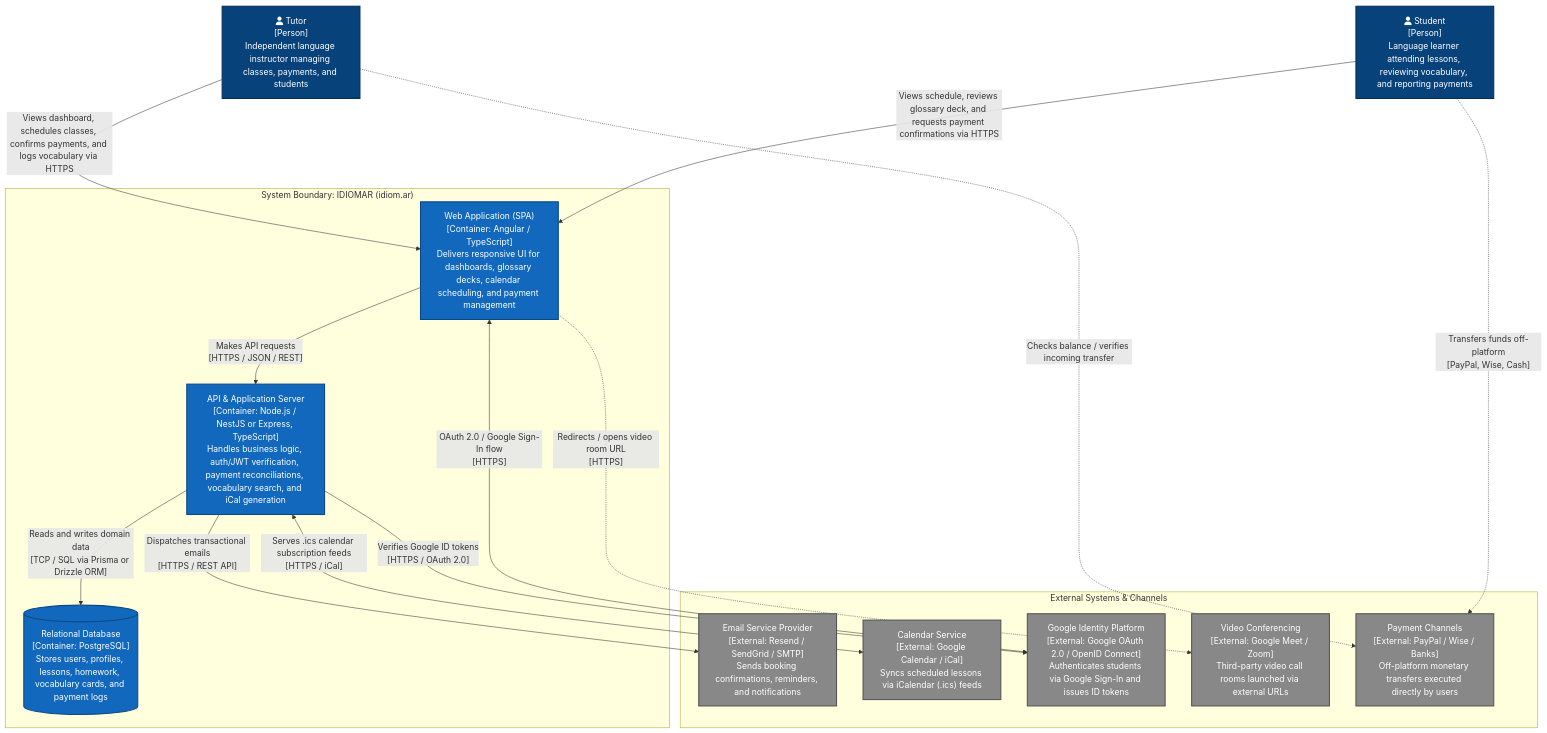
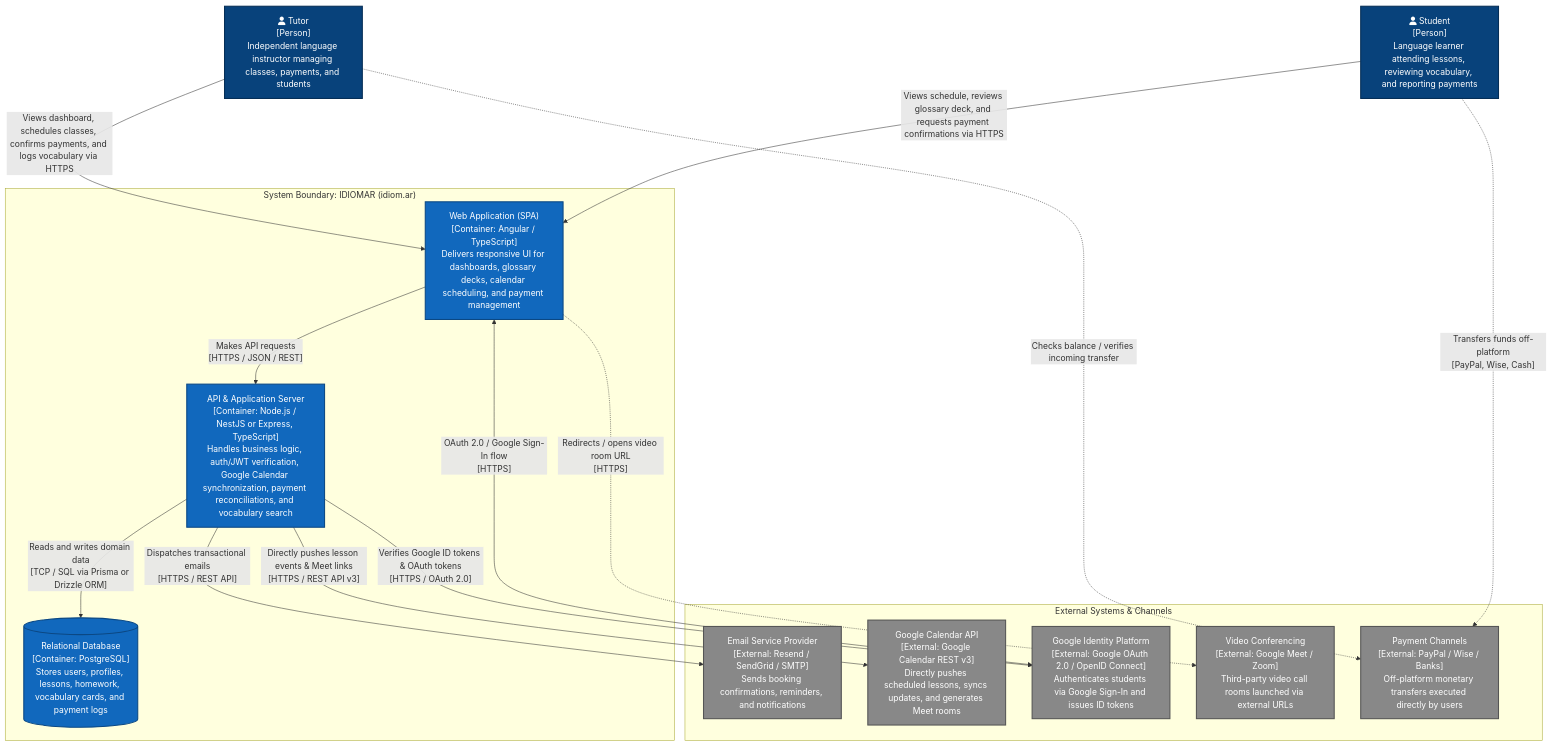
Before and after one commit to DmytroCherednichenko/idiomar-crm: the diagram in docs/diagrams/02-c4-level2-containers.mmd, drawn with Mermaid. The commit also changed 6 other files, not shown here.

Commit message:
Add Google Calendar dependency to docs

```diff
--- a/docs/diagrams/02-c4-level2-containers.mmd
+++ b/docs/diagrams/02-c4-level2-containers.mmd
@@ -1,50 +1,50 @@
 flowchart TD
     %% Styling definitions
     classDef person fill:#08427b,stroke:#052e56,color:#ffffff,stroke-width:2px;
     classDef container fill:#1168bd,stroke:#0b4884,color:#ffffff,stroke-width:2px;
     classDef database fill:#1168bd,stroke:#0b4884,color:#ffffff,stroke-width:2px;
     classDef external fill:#888888,stroke:#555555,color:#ffffff,stroke-width:2px;
     classDef boundary fill:#f9f9f9,stroke:#999999,stroke-width:2px,stroke-dasharray: 5 5;
 
     %% Actors
     Tutor["fa:fa-user Tutor\n[Person]\nIndependent language instructor managing classes, payments, and students"]:::person
     Student["fa:fa-user Student\n[Person]\nLanguage learner attending lessons, reviewing vocabulary, and reporting payments"]:::person
 
     %% External Systems Out of Scope / Third-party
     subgraph ExternalServices["External Systems & Channels"]
         GoogleAuth["Google Identity Platform\n[External: Google OAuth 2.0 / OpenID Connect]\nAuthenticates students via Google Sign-In and issues ID tokens"]:::external
+        GoogleCalendar["Google Calendar API\n[External: Google Calendar REST v3]\nDirectly pushes scheduled lessons, syncs updates, and generates Meet rooms"]:::external
         EmailService["Email Service Provider\n[External: Resend / SendGrid / SMTP]\nSends booking confirmations, reminders, and notifications"]:::external
-        CalendarAPI["Calendar Service\n[External: Google Calendar / iCal]\nSyncs scheduled lessons via iCalendar (.ics) feeds"]:::external
         MeetingPlatform["Video Conferencing\n[External: Google Meet / Zoom]\nThird-party video call rooms launched via external URLs"]:::external
         PaymentChannels["Payment Channels\n[External: PayPal / Wise / Banks]\nOff-platform monetary transfers executed directly by users"]:::external
     end
 
     %% Main System Boundary
     subgraph IDIOMARSystem["System Boundary: IDIOMAR (idiom.ar)"]
         WebApp["Web Application (SPA)\n[Container: Angular / TypeScript]\nDelivers responsive UI for dashboards, glossary decks, calendar scheduling, and payment management"]:::container
 
-        ApiServer["API & Application Server\n[Container: Node.js / NestJS or Express, TypeScript]\nHandles business logic, auth/JWT verification, payment reconciliations, vocabulary search, and iCal generation"]:::container
+        ApiServer["API & Application Server\n[Container: Node.js / NestJS or Express, TypeScript]\nHandles business logic, auth/JWT verification, Google Calendar synchronization, payment reconciliations, and vocabulary search"]:::container
 
         Database[("Relational Database\n[Container: PostgreSQL]\nStores users, profiles, lessons, homework, vocabulary cards, and payment logs")]:::database
     end
 
     %% User Interactions
     Tutor -->|"Views dashboard, schedules classes, confirms payments, and logs vocabulary via HTTPS"| WebApp
     Student -->|"Views schedule, reviews glossary deck, and requests payment confirmations via HTTPS"| WebApp
 
     %% Frontend to Backend
     WebApp -->|"Makes API requests\n[HTTPS / JSON / REST]"| ApiServer
 
     %% Backend to Database
     ApiServer -->|"Reads and writes domain data\n[TCP / SQL via Prisma or Drizzle ORM]"| Database
 
     %% Backend to External
     ApiServer -->|"Dispatches transactional emails\n[HTTPS / REST API]"| EmailService
-    ApiServer <-->|"Serves .ics calendar subscription feeds\n[HTTPS / iCal]"| CalendarAPI
-    ApiServer -->|"Verifies Google ID tokens\n[HTTPS / OAuth 2.0]"| GoogleAuth
+    ApiServer -->|"Directly pushes lesson events & Meet links\n[HTTPS / REST API v3]"| GoogleCalendar
+    ApiServer -->|"Verifies Google ID tokens & OAuth tokens\n[HTTPS / OAuth 2.0]"| GoogleAuth
 
     %% External Redirects / Off-platform actions
     WebApp <-->|"OAuth 2.0 / Google Sign-In flow\n[HTTPS]"| GoogleAuth
     WebApp -.->|"Redirects / opens video room URL\n[HTTPS]"| MeetingPlatform
     Student -.->|"Transfers funds off-platform\n[PayPal, Wise, Cash]"| PaymentChannels
     Tutor -.->|"Checks balance / verifies incoming transfer"| PaymentChannels
```
